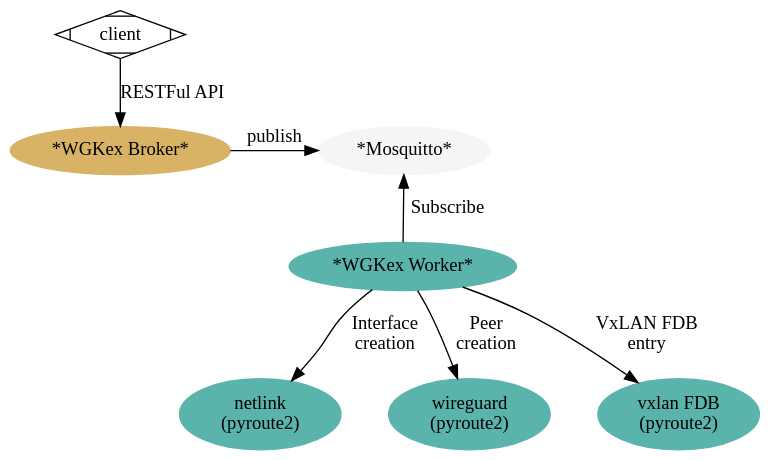
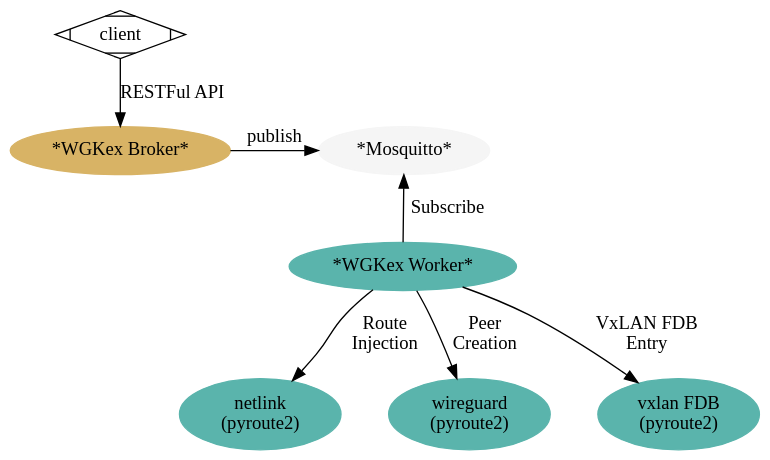
The diagram in Docs/architecture.dot (freifunkMUC/wgkex), drawn with Graphviz before and after one commit. The commit also changed 1 other file, not shown here.

```diff
--- a/Docs/architecture.dot
+++ b/Docs/architecture.dot
@@ -1,50 +1,50 @@
 # http://www.graphviz.org/content/cluster
 
 digraph G {
   graph [fontname = "Handlee"];
   node [fontname = "Handlee"];
   edge [fontname = "Handlee"];
 
   bgcolor=transparent;
 
   subgraph wgkex_broker {
     style=filled;
     color=lightgrey;
     style="dotted"
     node [style=filled,color="#d8b365"];
     wgkex_broker [label="*WGKex Broker*"];
     fontsize = 20;
   }
 
   subgraph wgkex_mqtt {
     node [style=filled,color="#f5f5f5"];
     style="dotted"
     mqtt [label="*Mosquitto*"];
     fontsize = 20;
     color=blue
   }
 
   subgraph wgkex_worker {
     node [style=filled,color="#5ab4ac"];
     style="dotted"
     color=blue;
     label = "*WGKEX Worker*";
     fontsize = 20;
     color=blue
     mqtt -> wgkex_worker -> netlink -> wireguard -> vxlan [style=invis];
     wgkex_worker [label="*WGKex Worker*"];
     netlink [label="netlink\n(pyroute2)"];
     wireguard [label="wireguard\n(pyroute2)"];
     vxlan [label="vxlan FDB\n(pyroute2)"];
   }
   client -> wgkex_broker [label="RESTFul API"];
   wgkex_broker -> mqtt [label="publish"];
   wgkex_worker -> mqtt [label="Subscribe"];
-  wgkex_worker -> netlink [label="Interface\ncreation"];
-  wgkex_worker -> wireguard [label="Peer\ncreation"];
-  wgkex_worker -> vxlan [label="VxLAN FDB\nentry"];
+  wgkex_worker -> netlink [label="Route\nInjection"];
+  wgkex_worker -> wireguard [label="Peer\nCreation"];
+  wgkex_worker -> vxlan [label="VxLAN FDB\nEntry"];
 
   client [shape=Mdiamond];
   {rank=same wgkex_broker mqtt}
   {rank=same netlink wireguard vxlan}
 }
```
